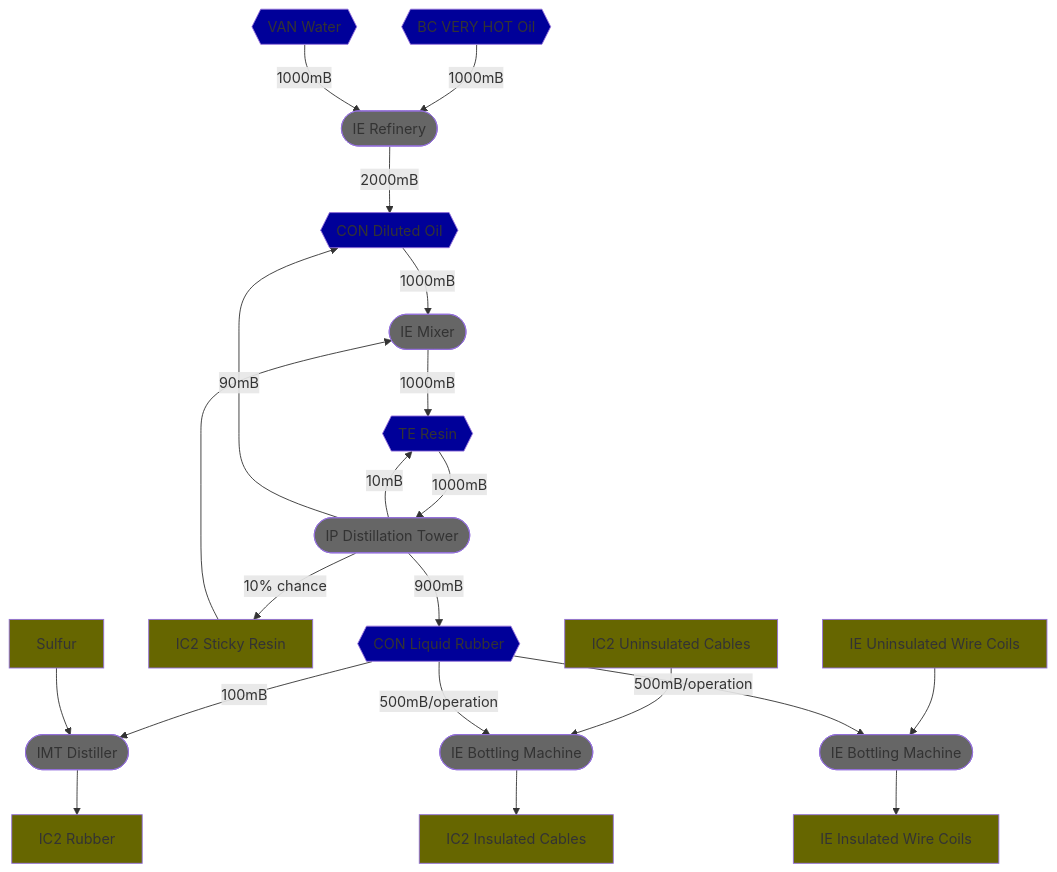
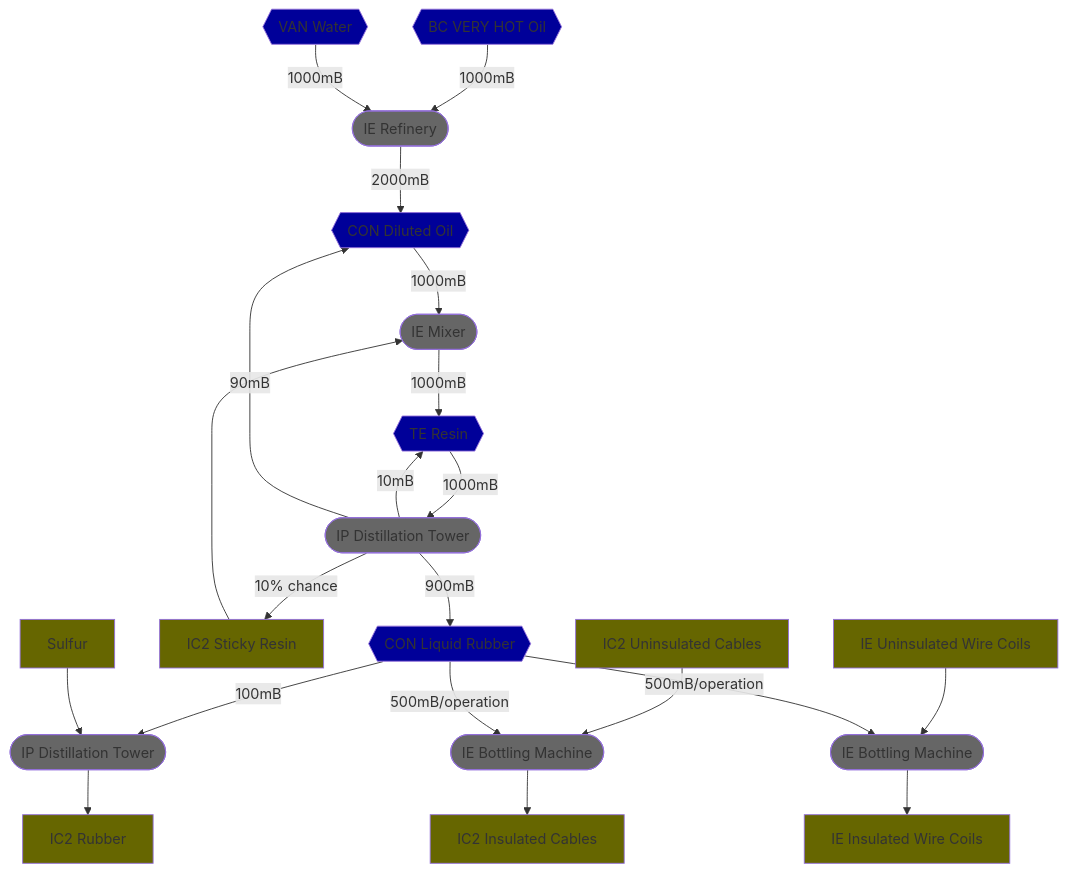
Before and after one commit to bigyihsuan/progression-pack: the diagram in docs/synthetic-rubber.md, drawn with Mermaid. The commit also changed 76 other files, not shown here.

````diff
--- a/docs/synthetic-rubber.md
+++ b/docs/synthetic-rubber.md
@@ -5,44 +5,44 @@
 ```mermaid
 flowchart TD
 
 classDef item fill:#660;
 classDef fluid fill:#009;
 classDef machine fill:#666;
 
 wat{{VAN Water}}:::fluid
 oil{{BC VERY HOT Oil}}:::fluid
 REF([IE Refinery]):::machine
 diloil{{CON Diluted Oil}}:::fluid
 
 DS1([IP Distillation Tower]):::machine
 MIX([IE Mixer]):::machine
 res{{TE Resin}}:::fluid
 
 lrb{{CON Liquid Rubber}}:::fluid
 sr[IC2 Sticky Resin]:::item
 sf[Sulfur]:::item
-DIST([IMT Distiller]):::machine
+DIST([IP Distillation Tower]):::machine
 rb[IC2 Rubber]:::item
 
 BOT1([IE Bottling Machine]):::machine
 BOT2([IE Bottling Machine]):::machine
 cable[IC2 Uninsulated Cables]:::item
 insCable[IC2 Insulated Cables]:::item
 wire[IE Uninsulated Wire Coils]:::item
 insWire[IE Insulated Wire Coils]:::item
 
 diloil --1000mB--> MIX --1000mB--> res
 oil & wat --1000mB--> REF --2000mB--> diloil
 sr --> MIX
 res --1000mB--> DS1
 DS1 --10mB--> res
 DS1 --90mB--> diloil
 DS1 --900mB--> lrb
 DS1 --10% chance--> sr
 lrb --100mB--> DIST --> rb
 sf --> DIST
 
 cable --> BOT1 --> insCable
 wire --> BOT2 --> insWire
 lrb --500mB/operation--> BOT1 & BOT2
 ```
````
